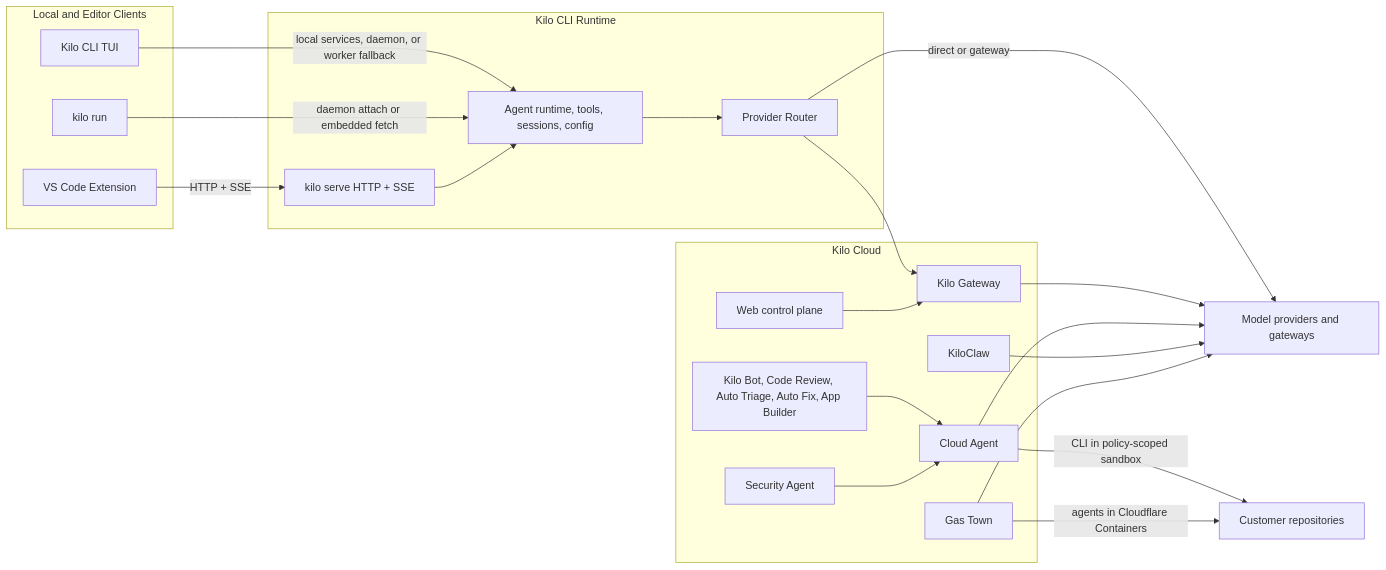
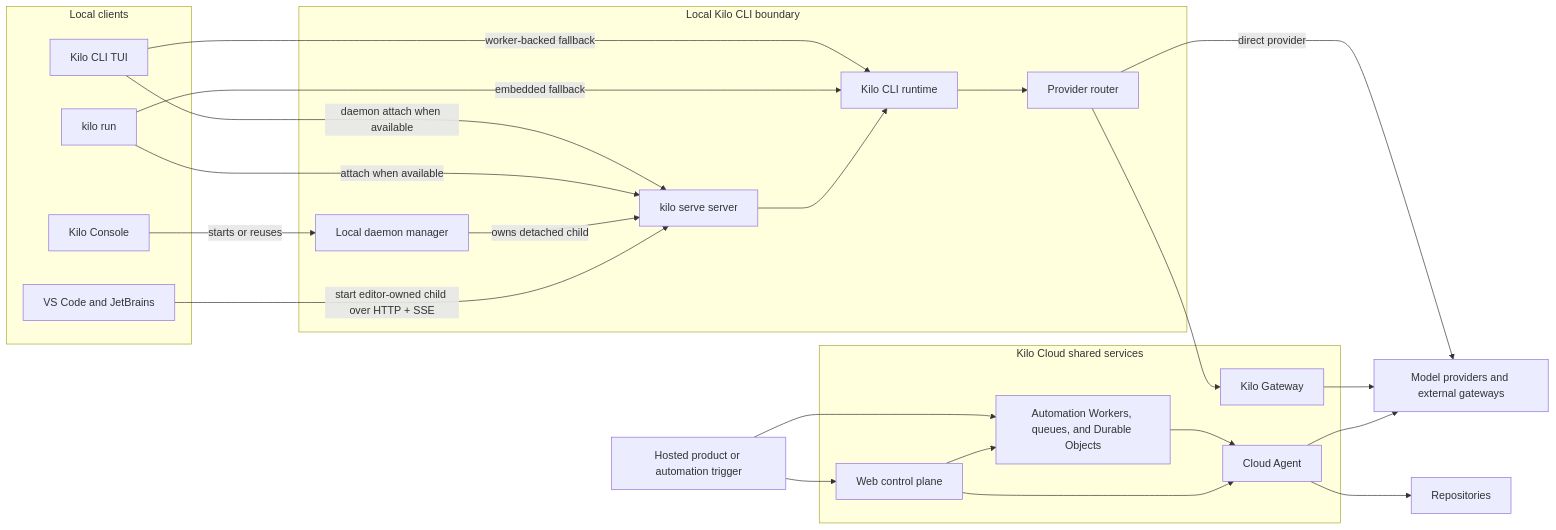
One commit to dhs-shine/kilocode changed the first of 2 diagrams in packages/kilo-docs/pages/contributing/architecture/index.md. Above: the diagram before and after it, drawn with Mermaid. The commit also changed other lines of this file and 42 other files, not shown here.

Commit message:
docs(kilo-docs): clarify architecture documentation

````diff
--- a/packages/kilo-docs/pages/contributing/architecture/index.md
+++ b/packages/kilo-docs/pages/contributing/architecture/index.md
@@ -18,44 +65,45 @@
 ```mermaid
-graph LR
-  subgraph local ["Local and Editor Clients"]
+flowchart LR
+  subgraph clients ["Local clients"]
     tui["Kilo CLI TUI"]
     run["kilo run"]
-    vscode["VS Code Extension"]
+    console["Kilo Console"]
+    editors["VS Code and JetBrains"]
   end
 
-  subgraph cli ["Kilo CLI Runtime"]
-    engine["Agent runtime, tools, sessions, config"]
-    server["kilo serve HTTP + SSE"]
-    router["Provider Router"]
+  subgraph local ["Local Kilo CLI boundary"]
+    daemon["Local daemon manager"]
+    server["kilo serve server"]
+    runtime["Kilo CLI runtime"]
+    router["Provider router"]
   end
 
-  subgraph cloud ["Kilo Cloud"]
+  subgraph cloud ["Kilo Cloud shared services"]
     web["Web control plane"]
+    workers["Automation Workers, queues, and Durable Objects"]
     gateway["Kilo Gateway"]
-    cloudagent["Cloud Agent"]
-    automation["Kilo Bot, Code Review, Auto Triage, Auto Fix, App Builder"]
-    security["Security Agent"]
-    claw["KiloClaw"]
-    gastown["Gas Town"]
+    agent["Cloud Agent"]
   end
 
-  providers["Model providers and gateways"]
-  repos["Customer repositories"]
+  trigger["Hosted product or automation trigger"]
+  repos["Repositories"]
+  models["Model providers and external gateways"]
 
-  tui -->|local services, daemon, or worker fallback| engine
-  run -->|daemon attach or embedded fetch| engine
-  vscode -->|HTTP + SSE| server
-  server --> engine
-  engine --> router
-  router -->|direct or gateway| providers
-  router --> gateway
-  gateway --> providers
-  web --> gateway
-  automation --> cloudagent
-  security --> cloudagent
-  cloudagent -->|CLI in policy-scoped sandbox| repos
-  cloudagent --> providers
-  claw --> providers
-  gastown -->|agents in Cloudflare Containers| repos
-  gastown --> providers
+  tui -->|"daemon attach when available"| server
+  tui -->|"worker-backed fallback"| runtime
+  run -->|"attach when available"| server
+  run -->|"embedded fallback"| runtime
+  console -->|"starts or reuses"| daemon
+  daemon -->|"owns detached child"| server
+  editors -->|"start editor-owned child over HTTP + SSE"| server
+  server --> runtime --> router
+  router -->|"direct provider"| models
+  router --> gateway --> models
+
+  trigger --> web
+  trigger --> workers
+  web --> workers --> agent
+  web --> agent
+  agent --> repos
+  agent --> models
 ```
````
